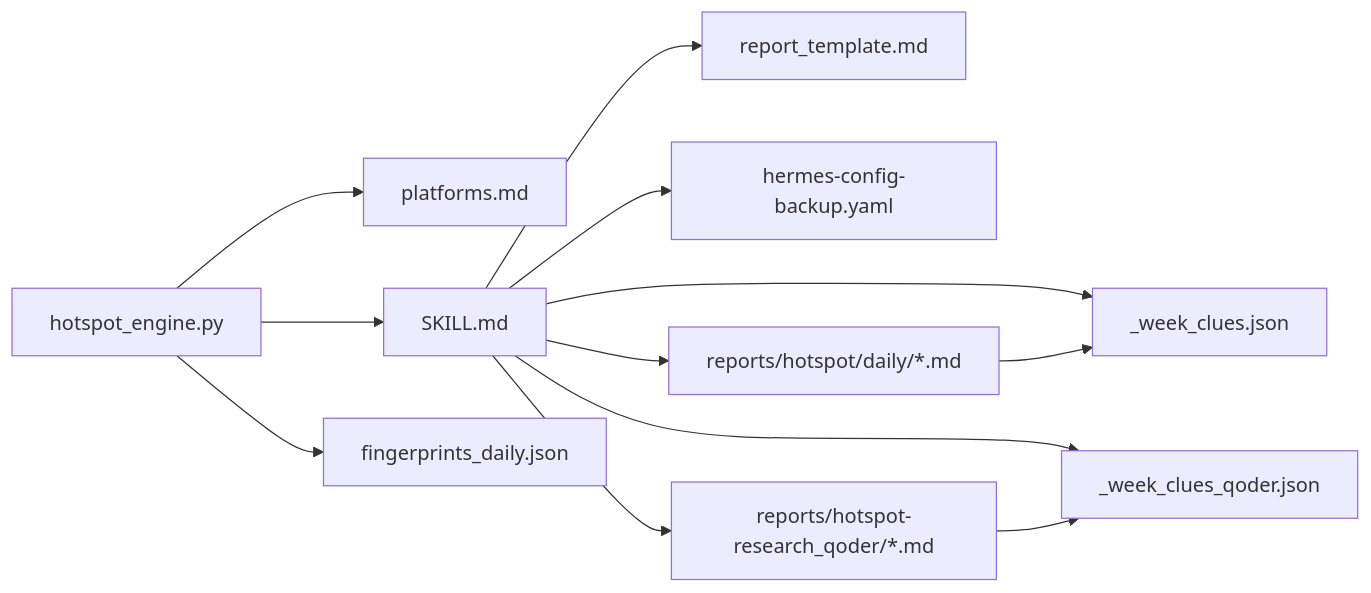
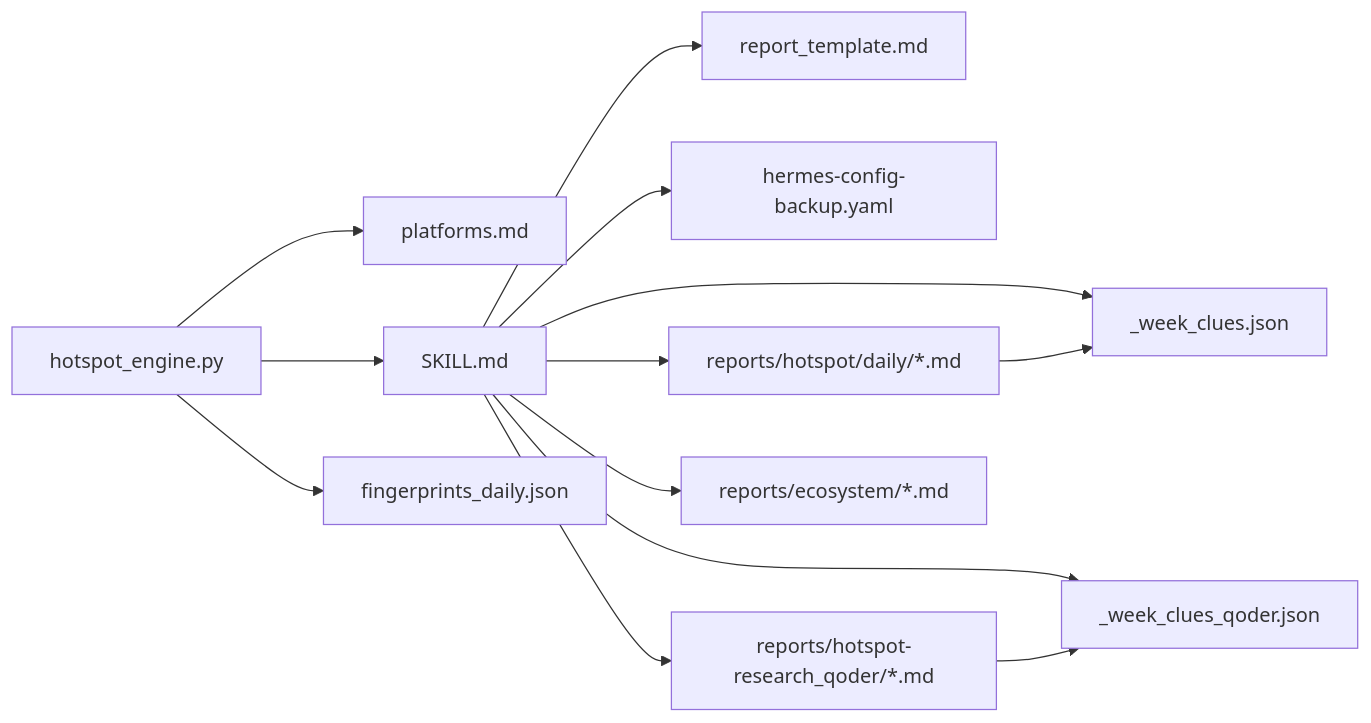
Before and after one commit to John198912/hermes_workspace: the fourth of 4 diagrams in .qoder/repowiki/zh/content/核心技能详解/Qoder Agent 每日热点报告系统.md, drawn with Mermaid. The commit also changed other lines of this file and 1 other file, not shown here.

````diff
--- a/.qoder/repowiki/zh/content/核心技能详解/Qoder Agent 每日热点报告系统.md
+++ b/.qoder/repowiki/zh/content/核心技能详解/Qoder Agent 每日热点报告系统.md
@@ -249,14 +313,15 @@
 ```mermaid
 graph LR
 Engine["hotspot_engine.py"] --> Platforms["platforms.md"]
 Engine --> Skill["SKILL.md"]
 Skill --> Template["report_template.md"]
 Skill --> Config["hermes-config-backup.yaml"]
 Engine --> Data["fingerprints_daily.json"]
 Skill --> Reports1["reports/hotspot/daily/*.md"]
 Skill --> Reports2["reports/hotspot-research_qoder/*.md"]
 Skill --> Clues1["_week_clues.json"]
 Skill --> Clues2["_week_clues_qoder.json"]
+Skill --> Ecosystem["reports/ecosystem/*.md"]
 Reports1 --> Clues1
 Reports2 --> Clues2
 ```
````
